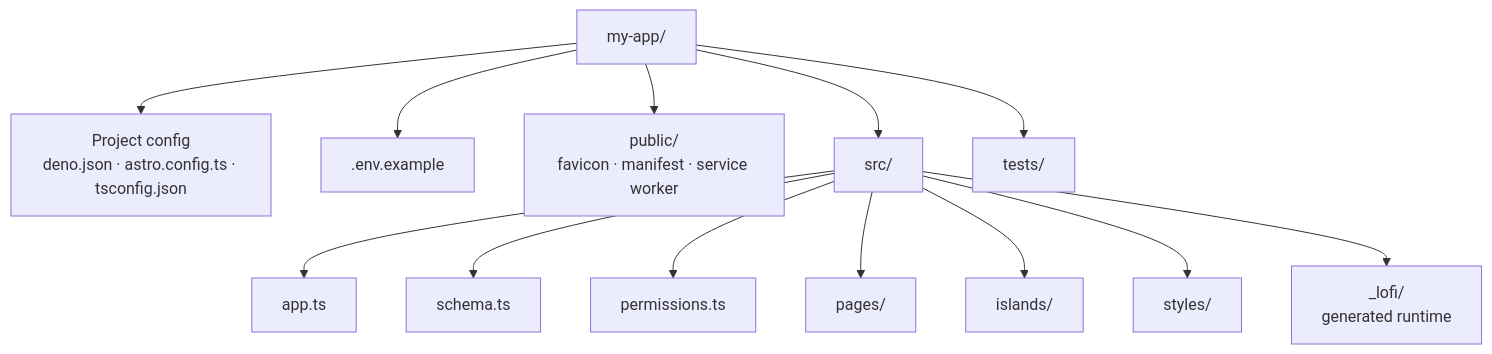
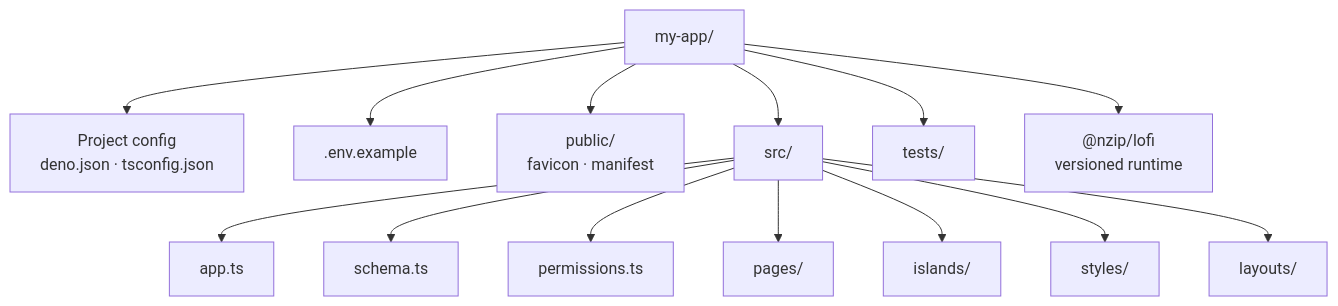
One commit to FelineStateMachine/lofi changed the diagram in docs/reference/project-layout.md. Above: the diagram before and after it, drawn with Mermaid. The commit also changed other lines of this file and 97 other files, not shown here.

````diff
--- a/docs/reference/project-layout.md
+++ b/docs/reference/project-layout.md
@@ -3,17 +3,18 @@
 ```mermaid
 flowchart TB
     Root["my-app/"]
-    Root --> Config["Project config<br/>deno.json · astro.config.ts · tsconfig.json"]
+    Root --> Config["Project config<br/>deno.json · tsconfig.json"]
     Root --> Env[".env.example"]
-    Root --> Public["public/<br/>favicon · manifest · service worker"]
+    Root --> Public["public/<br/>favicon · manifest"]
     Root --> Src["src/"]
     Root --> Tests["tests/"]
 
     Src --> App["app.ts"]
     Src --> Schema["schema.ts"]
     Src --> Permissions["permissions.ts"]
     Src --> Pages["pages/"]
     Src --> Islands["islands/"]
     Src --> Styles["styles/"]
-    Src --> Runtime["_lofi/<br/>generated runtime"]
+    Src --> Layouts["layouts/"]
+    Root --> Runtime["@nzip/lofi<br/>versioned runtime"]
 ```
````
